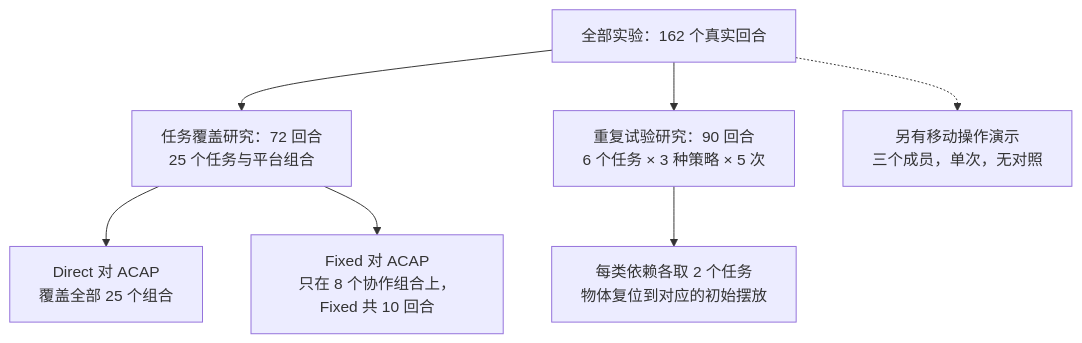
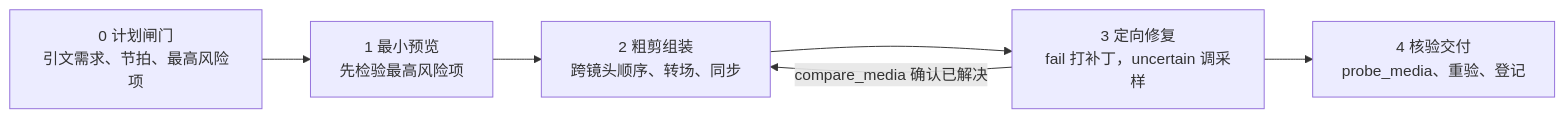
One commit to yingwang/paper-reads changed the seventh of 7 diagrams in docs/index.md. Above: the diagram before and after it, drawn with Mermaid. The commit also changed other lines of this file and 2 other files, not shown here.

````diff
--- a/docs/index.md
+++ b/docs/index.md
@@ -218,9 +306,8 @@
 ```mermaid
-flowchart TD
-    S["全部实验：162 个真实回合"] --> A["任务覆盖研究：72 回合<br/>25 个任务与平台组合"]
-    S --> B["重复试验研究：90 回合<br/>6 个任务 × 3 种策略 × 5 次"]
-    A --> A1["Direct 对 ACAP<br/>覆盖全部 25 个组合"]
-    A --> A2["Fixed 对 ACAP<br/>只在 8 个协作组合上，Fixed 共 10 回合"]
-    B --> B1["每类依赖各取 2 个任务<br/>物体复位到对应的初始摆放"]
-    S -.-> C["另有移动操作演示<br/>三个成员，单次，无对照"]
+flowchart LR
+    S0["0 计划闸门<br/>引文需求、节拍、最高风险项"] --> S1["1 最小预览<br/>先检验最高风险项"]
+    S1 --> S2["2 粗剪组装<br/>跨镜头顺序、转场、同步"]
+    S2 --> S3["3 定向修复<br/>fail 打补丁，uncertain 调采样"]
+    S3 -->|"compare_media 确认已解决"| S2
+    S3 --> S4["4 核验交付<br/>probe_media、重验、登记"]
 ```
````
